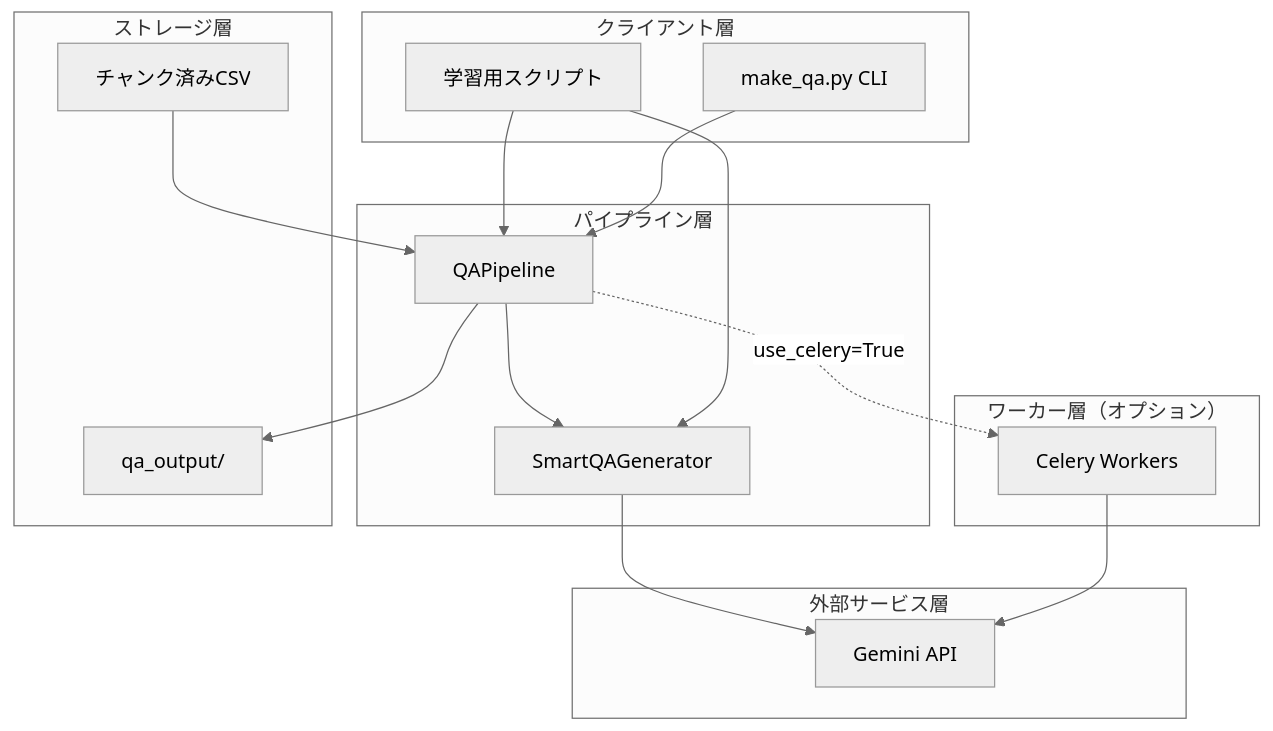
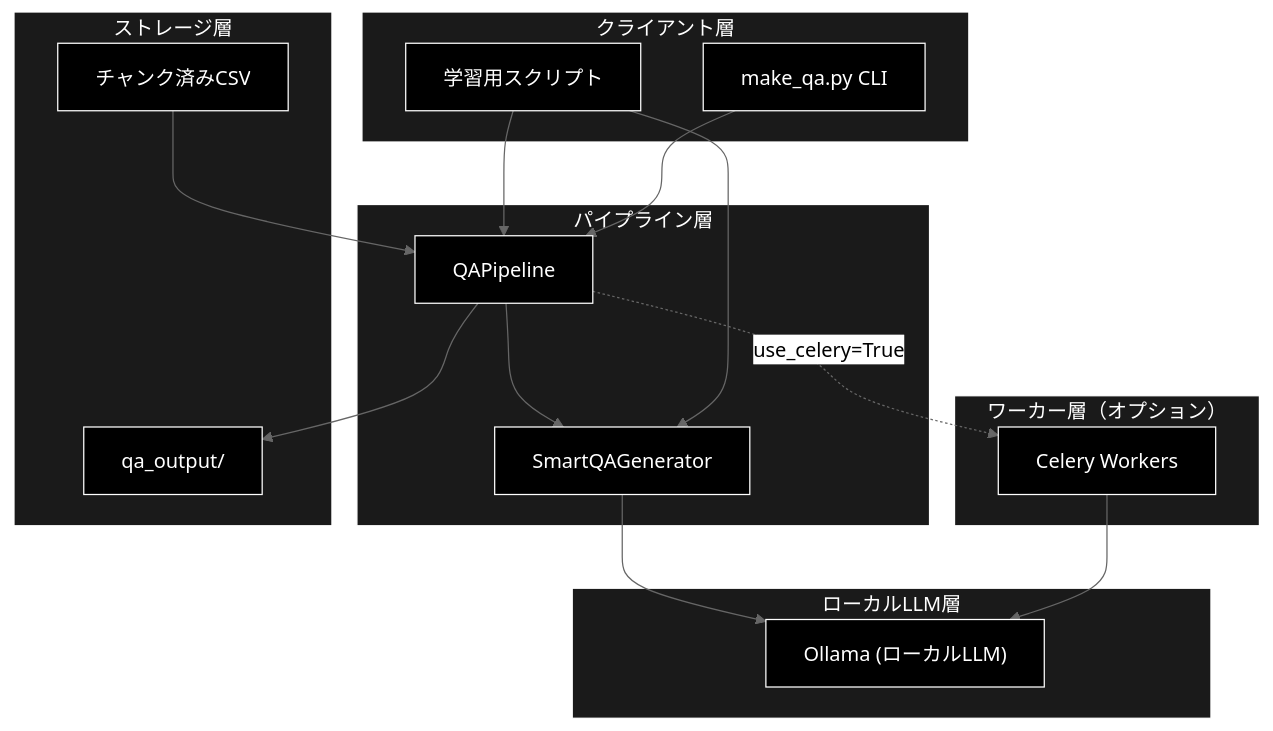
The first of 8 diagrams in qa_qdrant/doc/make_qa_qapipeline.md (nakashima2toshio/ollama_grace_agent_v2), drawn with Mermaid (neutral theme) before and after one commit. The commit also changed other lines of this file and 12 other files, not shown here.

````diff
--- a/qa_qdrant/doc/make_qa_qapipeline.md
+++ b/qa_qdrant/doc/make_qa_qapipeline.md
@@ -64,35 +64,43 @@
 ```mermaid
 flowchart TB
     subgraph CLIENT["クライアント層"]
         CLI[make_qa.py CLI]
         SCRIPT[学習用スクリプト]
     end
 
     subgraph PIPELINE["パイプライン層"]
         QA_PIPE[QAPipeline]
         SMART_GEN[SmartQAGenerator]
     end
 
     subgraph WORKER["ワーカー層（オプション）"]
         CELERY[Celery Workers]
     end
 
-    subgraph EXTERNAL["外部サービス層"]
-        GEMINI[Gemini API]
+    subgraph EXTERNAL["ローカルLLM層"]
+        GEMINI["Ollama (ローカルLLM)"]
     end
 
     subgraph STORAGE["ストレージ層"]
         INPUT[チャンク済みCSV]
         OUTPUT[qa_output/]
     end
 
     CLI --> QA_PIPE
     SCRIPT --> QA_PIPE
     SCRIPT --> SMART_GEN
     QA_PIPE --> SMART_GEN
     QA_PIPE -.->|use_celery=True| CELERY
     CELERY --> GEMINI
     SMART_GEN --> GEMINI
     INPUT --> QA_PIPE
     QA_PIPE --> OUTPUT
+classDef default fill:#000,stroke:#fff,color:#fff
+classDef subgraphStyle fill:#1a1a1a,stroke:#fff,color:#fff
+class CLI,SCRIPT,QA_PIPE,SMART_GEN,CELERY,GEMINI,INPUT,OUTPUT default
+style CLIENT fill:#1a1a1a,stroke:#fff,color:#fff
+style PIPELINE fill:#1a1a1a,stroke:#fff,color:#fff
+style WORKER fill:#1a1a1a,stroke:#fff,color:#fff
+style EXTERNAL fill:#1a1a1a,stroke:#fff,color:#fff
+style STORAGE fill:#1a1a1a,stroke:#fff,color:#fff
 ```
````
